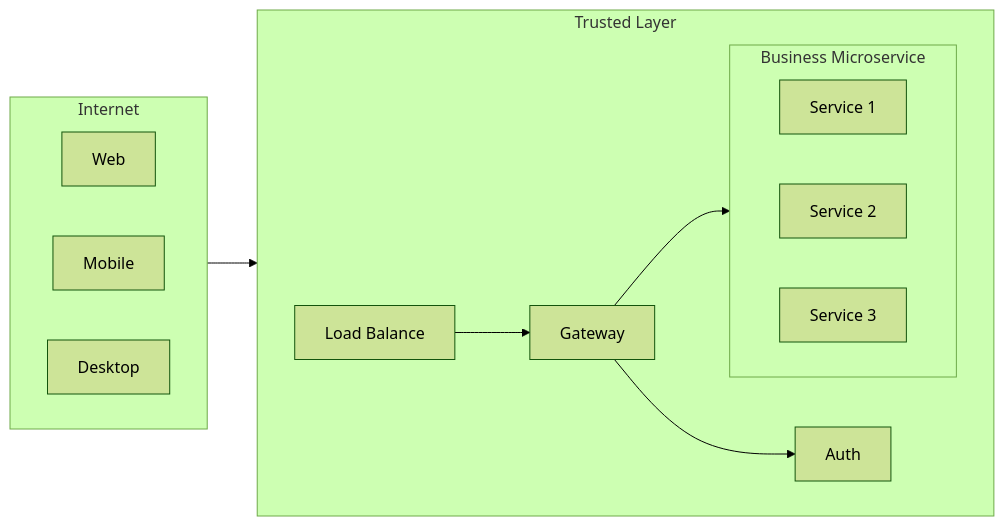
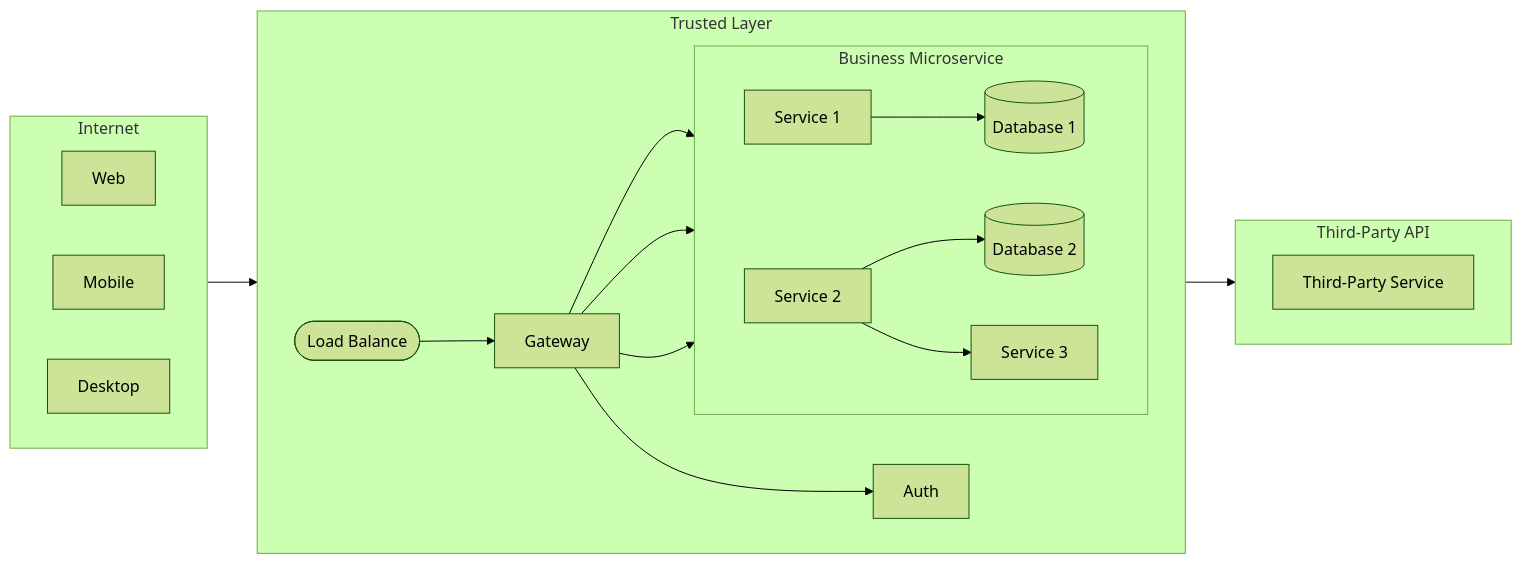
The diagram in docs/classes/microservices/microservice-diagram.md (Insper/platform), drawn with Mermaid (forest theme) before and after one commit.

Commit message:
microservice diagram

````diff
--- a/docs/classes/microservices/microservice-diagram.md
+++ b/docs/classes/microservices/microservice-diagram.md
@@ -1,23 +1,36 @@
 ``` mermaid
 flowchart LR
   subgraph client["Internet"]
     direction LR
     Web
     Mobile
     Desktop
   end
   subgraph Trusted Layer
     direction LR
-    lb["Load Balance"]
+    lb(["Load Balance"])
     gateway["Gateway"]
     auth["Auth"]
     subgraph bm ["Business Microservice"]
       direction LR
       ms1["Service 1"]
       ms2["Service 2"]
       ms3["Service 3"]
+      db1[("Database 1")]
+      db2[("Database 2")]
     end
   end
-  client --> lb --> gateway --> bm
+  subgraph third-party["Third-Party API"]
+    direction LR
+    tp1["Third-Party Service"]
+  end
+  client --> lb --> gateway
+  gateway --> ms1
+  gateway --> ms2
+  gateway --> ms3
+  ms1 --> db1
+  ms2 --> db2
+  ms2 --> ms3
+  ms3 --> tp1
   gateway --> auth
 ```
````
